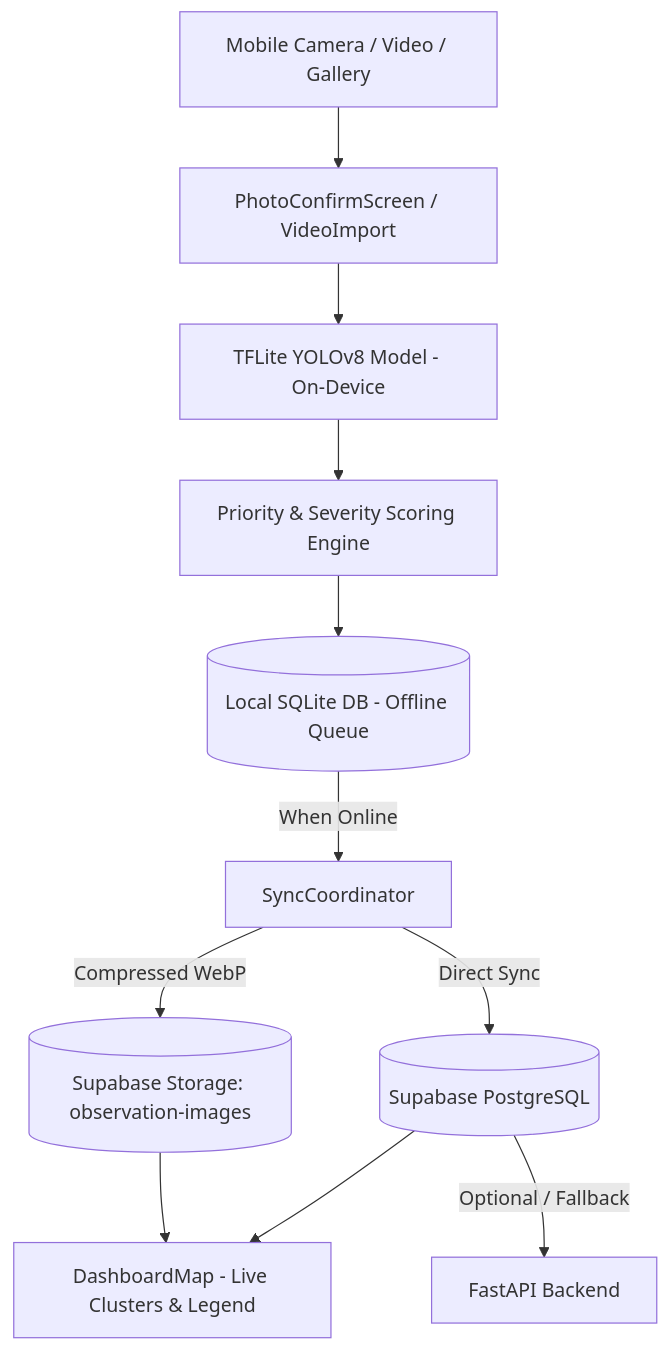
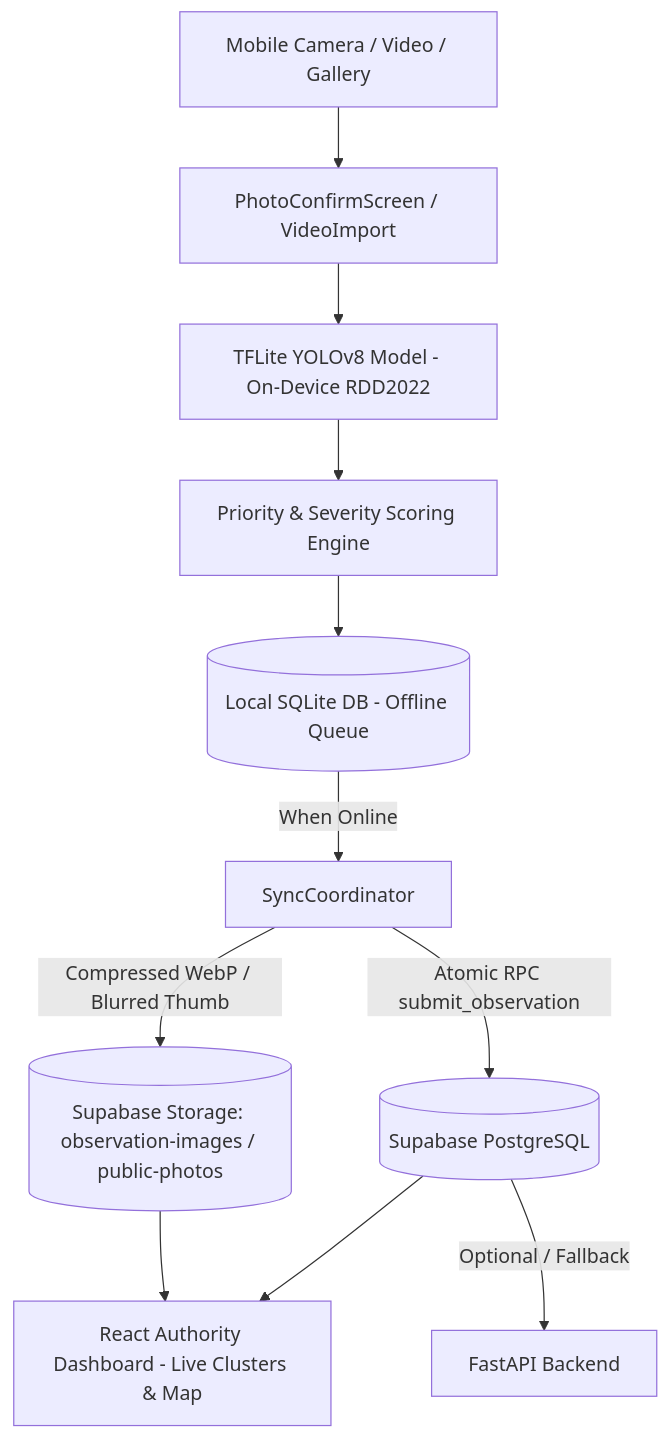
The diagram in README.md (TrabelsiAmin/Road-damage-project), drawn with Mermaid before and after one commit. The commit also changed other lines of this file and 33 other files, not shown here.

Commit message:
feat: atomic sync RPC, authority selection, video diagnostics & dashboard optimization

````diff
--- a/README.md
+++ b/README.md
@@ -54,13 +54,13 @@
 ```mermaid
 graph TD
     A[Mobile Camera / Video / Gallery] --> B[PhotoConfirmScreen / VideoImport]
-    B --> C[TFLite YOLOv8 Model - On-Device]
+    B --> C[TFLite YOLOv8 Model - On-Device RDD2022]
     C --> D[Priority & Severity Scoring Engine]
     D --> E[(Local SQLite DB - Offline Queue)]
     E -->|When Online| F[SyncCoordinator]
-    F -->|Direct Sync| G[(Supabase PostgreSQL)]
-    F -->|Compressed WebP| H[(Supabase Storage: observation-images)]
-    G --> I[DashboardMap - Live Clusters & Legend]
+    F -->|Atomic RPC submit_observation| G[(Supabase PostgreSQL)]
+    F -->|Compressed WebP / Blurred Thumb| H[(Supabase Storage: observation-images / public-photos)]
+    G --> I[React Authority Dashboard - Live Clusters & Map]
     H --> I
     G -->|Optional / Fallback| J[FastAPI Backend]
 ```
````
